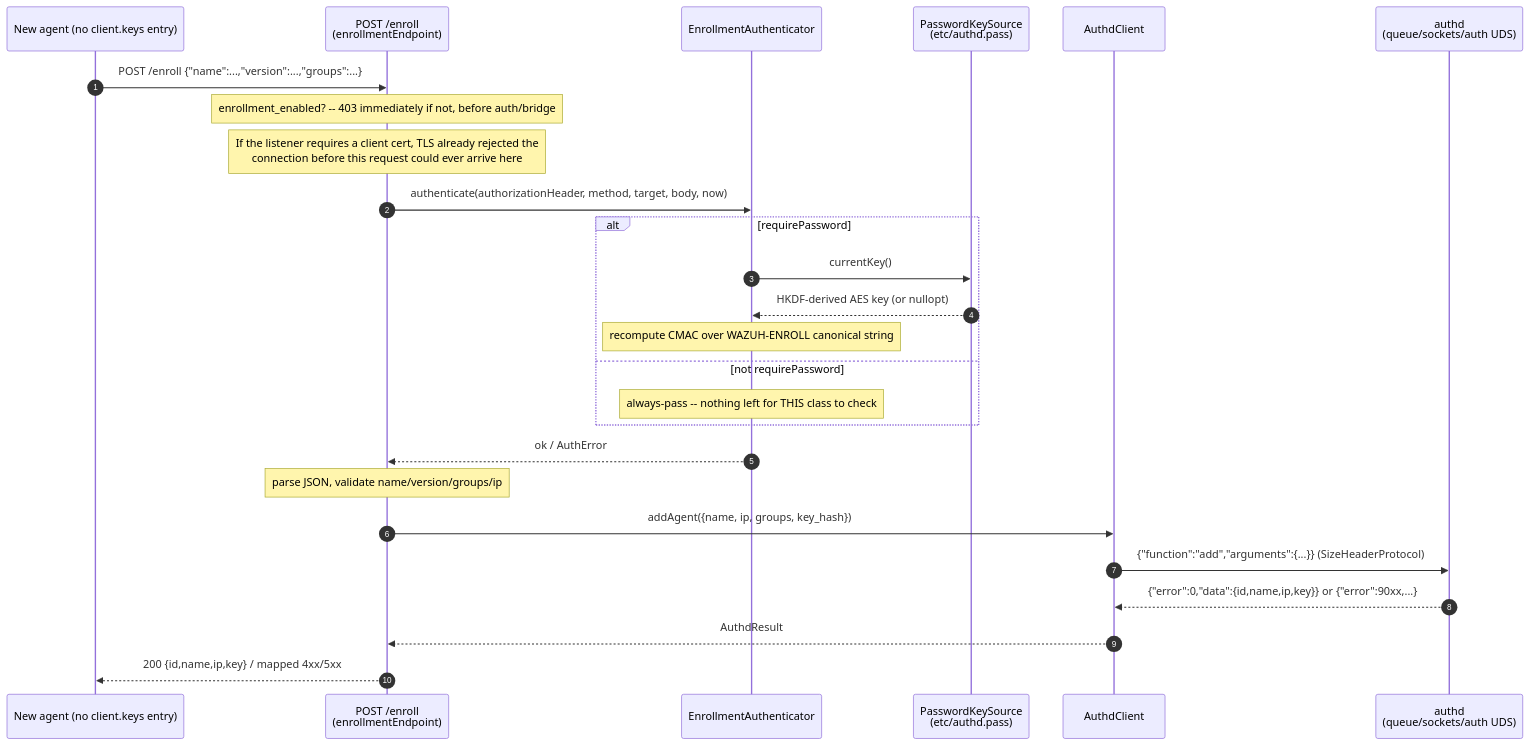
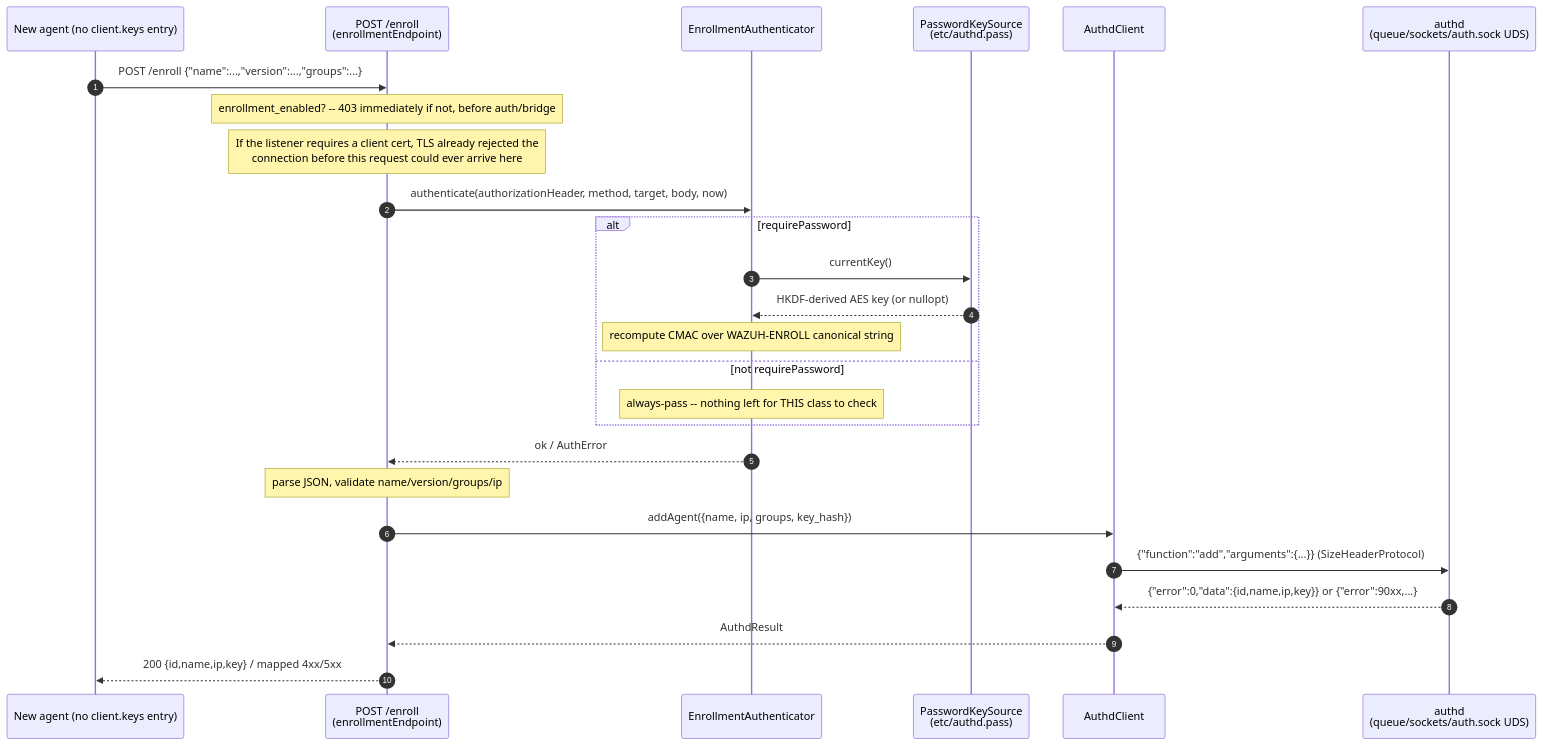
Before and after one commit to wazuh/wazuh: the third of 5 diagrams in src/remoted/remoted_module/README.md, drawn with Mermaid. The commit also changed other lines of this file and 41 other files, not shown here.

First line of the commit message:
refactor: rename the framed manager-only sockets and move them into queue/sockets

````diff
--- a/src/remoted/remoted_module/README.md
+++ b/src/remoted/remoted_module/README.md
@@ -746,29 +746,29 @@
 ```mermaid
 sequenceDiagram
     autonumber
     participant Ag as New agent (no client.keys entry)
     participant EP as POST /enroll<br/>(enrollmentEndpoint)
     participant EA as EnrollmentAuthenticator
     participant PK as PasswordKeySource<br/>(etc/authd.pass)
     participant AC as AuthdClient
-    participant AD as authd<br/>(queue/sockets/auth UDS)
+    participant AD as authd<br/>(queue/sockets/auth.sock UDS)
 
     Ag->>EP: POST /enroll {"name":...,"version":...,"groups":...}
     Note over EP: enrollment_enabled? -- 403 immediately if not, before auth/bridge
     Note over EP: If the listener requires a client cert, TLS already rejected the<br/>connection before this request could ever arrive here
     EP->>EA: authenticate(authorizationHeader, method, target, body, now)
     alt requirePassword
         EA->>PK: currentKey()
         PK-->>EA: HKDF-derived AES key (or nullopt)
         Note over EA: recompute CMAC over WAZUH-ENROLL canonical string
     else not requirePassword
         Note over EA: always-pass -- nothing left for THIS class to check
     end
     EA-->>EP: ok / AuthError
     Note over EP: parse JSON, validate name/version/groups/ip
     EP->>AC: addAgent({name, ip, groups, key_hash})
     AC->>AD: {"function":"add","arguments":{...}} (SizeHeaderProtocol)
     AD-->>AC: {"error":0,"data":{id,name,ip,key}} or {"error":90xx,...}
     AC-->>EP: AuthdResult
     EP-->>Ag: 200 {id,name,ip,key} / mapped 4xx/5xx
 ```
````
